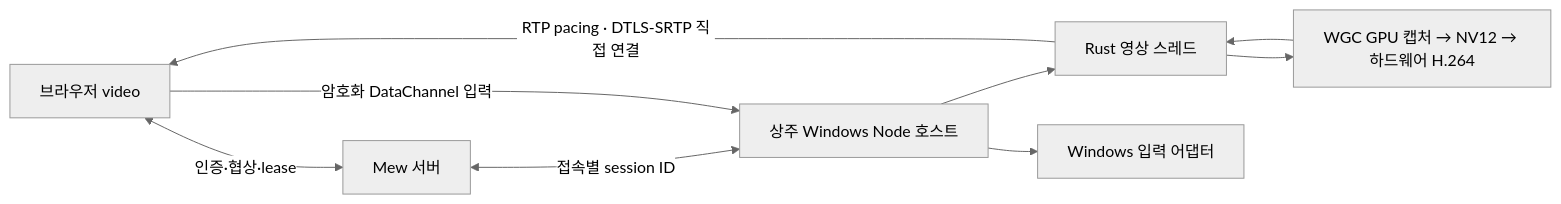
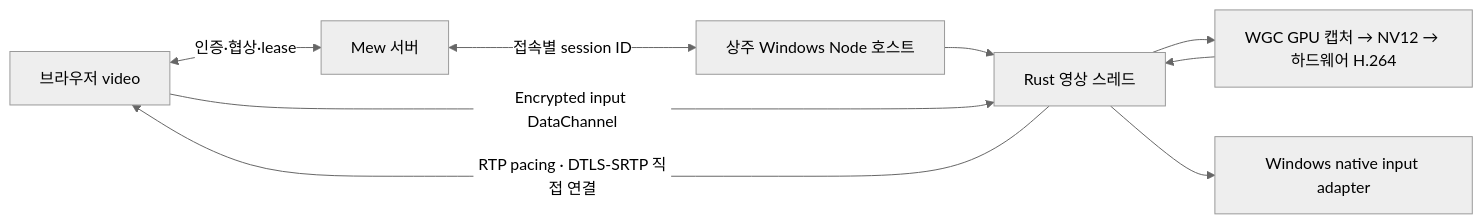
One commit to s-saens/mew changed the diagram in .mew/docs/development/remote-desktop.md. Above: the diagram before and after it, drawn with Mermaid (neutral theme). The commit also changed other lines of this file and 35 other files, not shown here.

````diff
--- a/.mew/docs/development/remote-desktop.md
+++ b/.mew/docs/development/remote-desktop.md
@@ -15,11 +15,11 @@
 ```mermaid
 flowchart LR
   V[브라우저 video] <-->|인증·협상·lease| S[Mew 서버]
   S <-->|접속별 session ID| H[상주 Windows Node 호스트]
   H --> R[Rust 영상 스레드]
   R --> G[WGC GPU 캡처 → NV12 → 하드웨어 H.264]
   G --> R
   R -->|RTP pacing · DTLS-SRTP 직접 연결| V
-  V -->|암호화 DataChannel 입력| H
-  H --> I[Windows 입력 어댑터]
+  V -->|Encrypted input DataChannel| R
+  R --> I[Windows native input adapter]
 ```
````
